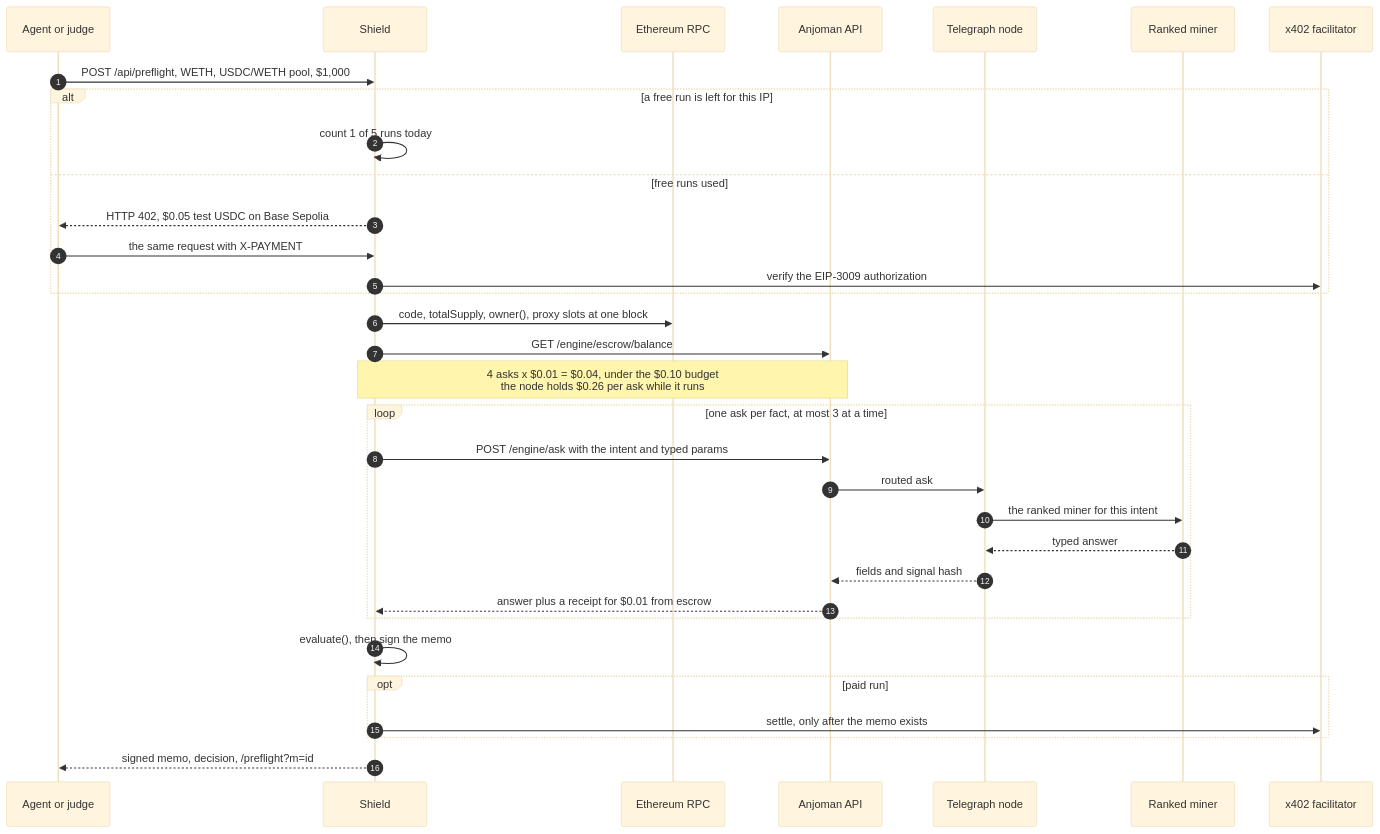
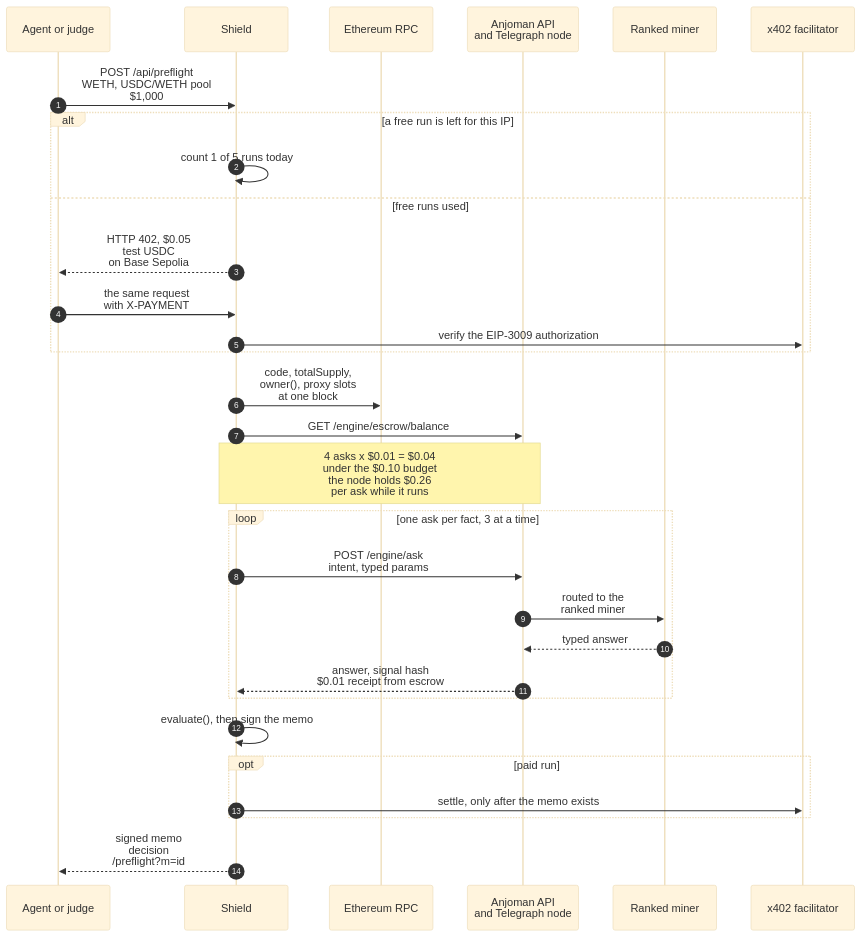
The fourth of 7 diagrams in README.md (mrnetwork0001/Truvian), drawn with Mermaid (base theme) before and after one commit. The commit also changed other lines of this file, not shown here.

First line of the commit message:
docs: apply the README fact-check and bring it up to main at cf7de92

````diff
--- a/README.md
+++ b/README.md
@@ -167,36 +212,33 @@
 ```mermaid
 sequenceDiagram
   autonumber
   participant A as Agent or judge
   participant S as Shield
   participant C as Ethereum RPC
-  participant K as Anjoman API
-  participant N as Telegraph node
+  participant T as Anjoman API<br/>and Telegraph node
   participant M as Ranked miner
   participant F as x402 facilitator
 
-  A->>S: POST /api/preflight, WETH, USDC/WETH pool, $1,000
+  A->>S: POST /api/preflight<br/>WETH, USDC/WETH pool<br/>$1,000
   alt a free run is left for this IP
     S->>S: count 1 of 5 runs today
   else free runs used
-    S-->>A: HTTP 402, $0.05 test USDC on Base Sepolia
-    A->>S: the same request with X-PAYMENT
+    S-->>A: HTTP 402, $0.05<br/>test USDC<br/>on Base Sepolia
+    A->>S: the same request<br/>with X-PAYMENT
     S->>F: verify the EIP-3009 authorization
   end
-  S->>C: code, totalSupply, owner(), proxy slots at one block
-  S->>K: GET /engine/escrow/balance
-  Note over S,K: 4 asks x $0.01 = $0.04, under the $0.10 budget<br/>the node holds $0.26 per ask while it runs
-  loop one ask per fact, at most 3 at a time
-    S->>K: POST /engine/ask with the intent and typed params
-    K->>N: routed ask
-    N->>M: the ranked miner for this intent
-    M-->>N: typed answer
-    N-->>K: fields and signal hash
-    K-->>S: answer plus a receipt for $0.01 from escrow
+  S->>C: code, totalSupply,<br/>owner(), proxy slots<br/>at one block
+  S->>T: GET /engine/escrow/balance
+  Note over S,T: 4 asks x $0.01 = $0.04<br/>under the $0.10 budget<br/>the node holds $0.26<br/>per ask while it runs
+  loop one ask per fact, 3 at a time
+    S->>T: POST /engine/ask<br/>intent, typed params
+    T->>M: routed to the<br/>ranked miner
+    M-->>T: typed answer
+    T-->>S: answer, signal hash<br/>$0.01 receipt from escrow
   end
   S->>S: evaluate(), then sign the memo
   opt paid run
     S->>F: settle, only after the memo exists
   end
-  S-->>A: signed memo, decision, /preflight?m=id
+  S-->>A: signed memo<br/>decision<br/>/preflight?m=id
 ```
````
